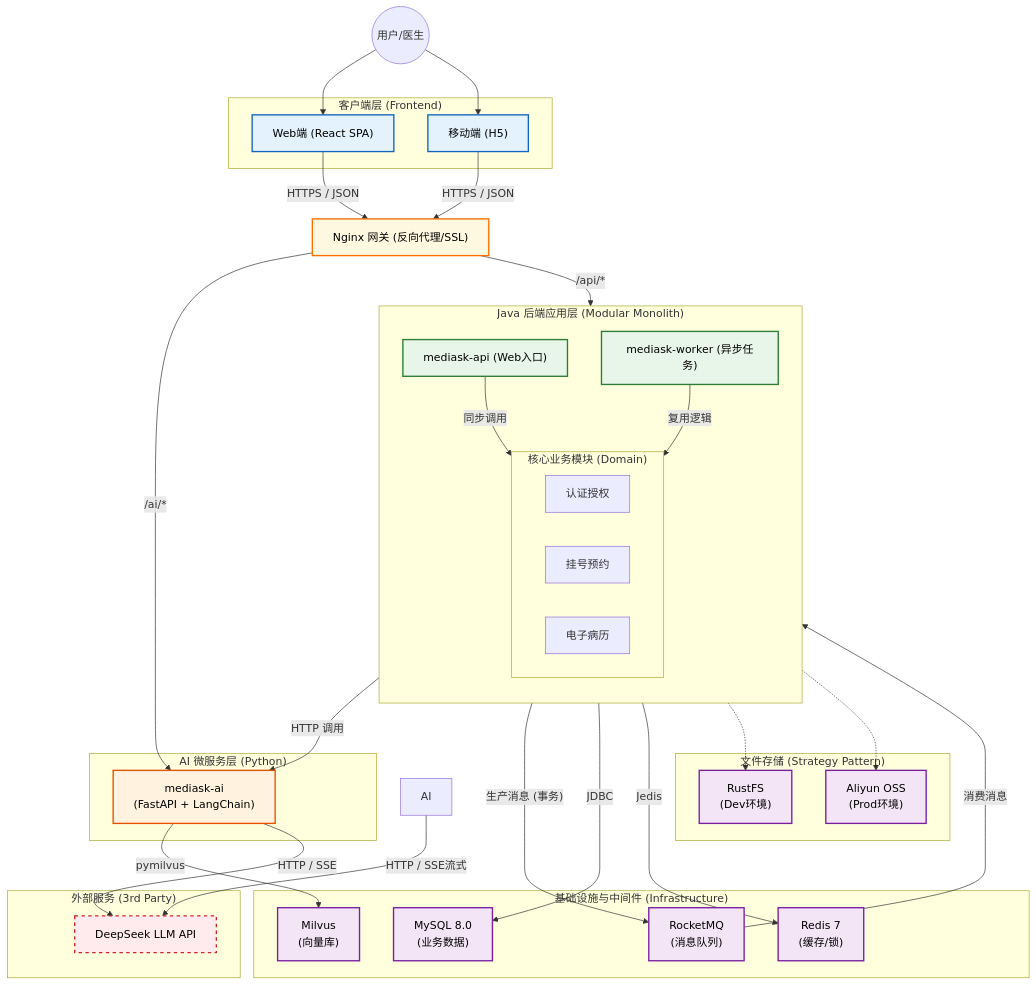
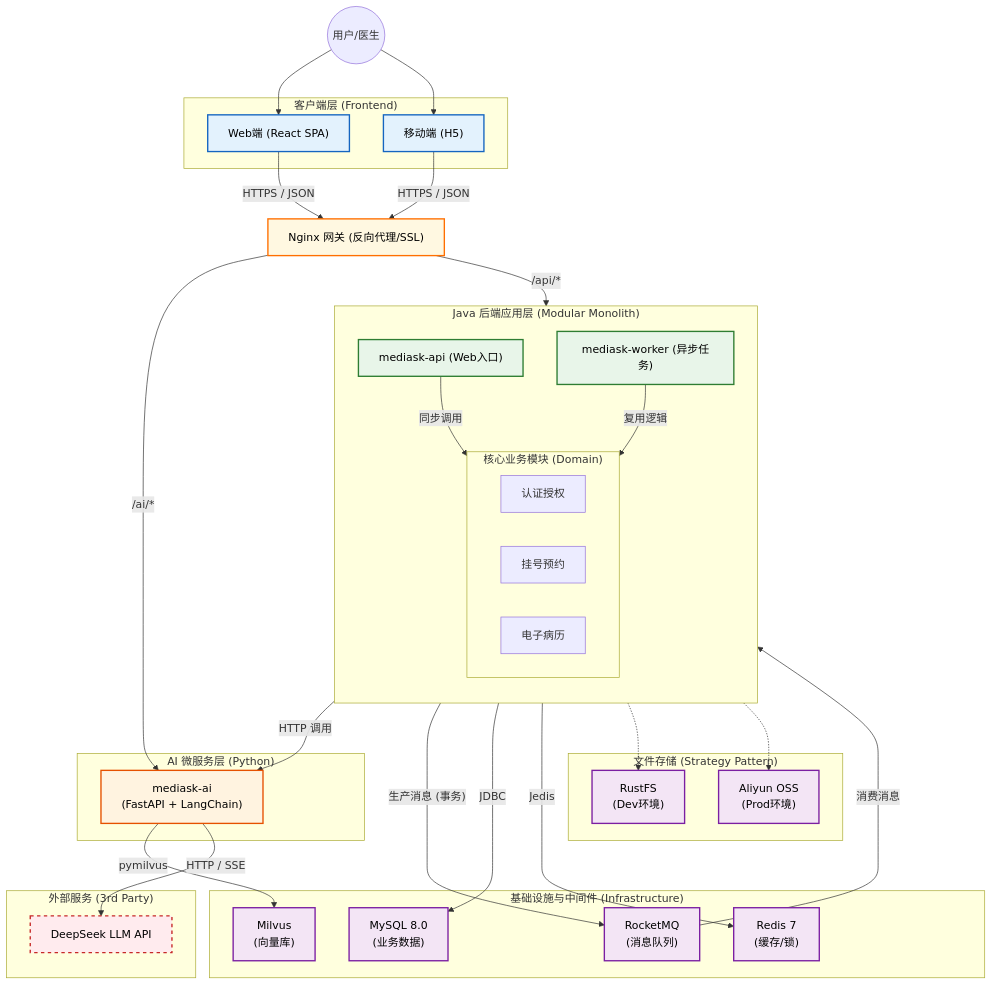
The first of 2 diagrams in docs/01-OVERVIEW.md (JianwenShaw/MediAskDocs), drawn with Mermaid before and after one commit. The commit also changed other lines of this file and 11 other files, not shown here.

Commit message:
Add Java doctor scheduling solution proposal with detailed architecture, data model, and evaluation metrics

````diff
--- a/docs/01-OVERVIEW.md
+++ b/docs/01-OVERVIEW.md
@@ -17,75 +17,73 @@
 ```mermaid
 flowchart TB
     %% 样式定义
     classDef client fill:#e3f2fd,stroke:#1565c0,stroke-width:2px,color:#000
     classDef gateway fill:#fff8e1,stroke:#ff6f00,stroke-width:2px,color:#000
     classDef app fill:#e8f5e9,stroke:#2e7d32,stroke-width:2px,color:#000
     classDef ai fill:#fff3e0,stroke:#e65100,stroke-width:2px,color:#000
     classDef infra fill:#f3e5f5,stroke:#7b1fa2,stroke-width:2px,color:#000
     classDef external fill:#ffebee,stroke:#c62828,stroke-width:2px,stroke-dasharray: 5 5,color:#000
 
     User((用户/医生))
     
     subgraph ClientLayer ["客户端层 (Frontend)"]
         Web["Web端 (React SPA)"]:::client
         H5["移动端 (H5)"]:::client
     end
 
     GW["Nginx 网关 (反向代理/SSL)"]:::gateway
 
     subgraph BackendLayer ["Java 后端应用层 (Modular Monolith)"]
         direction TB
         API["mediask-api (Web入口)"]:::app
         Worker["mediask-worker (异步任务)"]:::app
         
         subgraph Modules ["核心业务模块 (Domain)"]
             Auth[认证授权]
             Appt[挂号预约]
             EMR[电子病历]
         end
     end
 
     subgraph AILayer ["AI 微服务层 (Python)"]
         AIService["mediask-ai<br/>(FastAPI + LangChain)"]:::ai
     end
 
     subgraph InfraLayer ["基础设施与中间件 (Infrastructure)"]
         MySQL["MySQL 8.0<br/>(业务数据)"]:::infra
         Redis["Redis 7<br/>(缓存/锁)"]:::infra
         Milvus["Milvus<br/>(向量库)"]:::infra
         MQ["RocketMQ<br/>(消息队列)"]:::infra
     end
 
     subgraph StorageLayer ["文件存储 (Strategy Pattern)"]
         RustFS["RustFS<br/>(Dev环境)"]:::infra
         OSS["Aliyun OSS<br/>(Prod环境)"]:::infra
     end
 
     subgraph ExternalLayer ["外部服务 (3rd Party)"]
         DeepSeek["DeepSeek LLM API"]:::external
     end
 
     %% 链路关系
     User --> Web & H5
     Web & H5 -- "HTTPS / JSON" --> GW
     GW -- "/api/*" --> API
     GW -- "/ai/*" --> AIService
 
     API -- "同步调用" --> Modules
     API -- "HTTP 调用" --> AIService
     Worker -- "复用逻辑" --> Modules
 
     Modules -- "JDBC" --> MySQL
     Modules -- "Jedis" --> Redis
     AIService -- "pymilvus" --> Milvus
     
     API -- "生产消息 (事务)" --> MQ
     MQ -- "消费消息" --> Worker
 
     Modules -.-> RustFS
     Modules -.-> OSS
     
     AIService -- "HTTP / SSE" --> DeepSeek
-
-    AI -- "HTTP / SSE流式" --> DeepSeek
 ```
````
